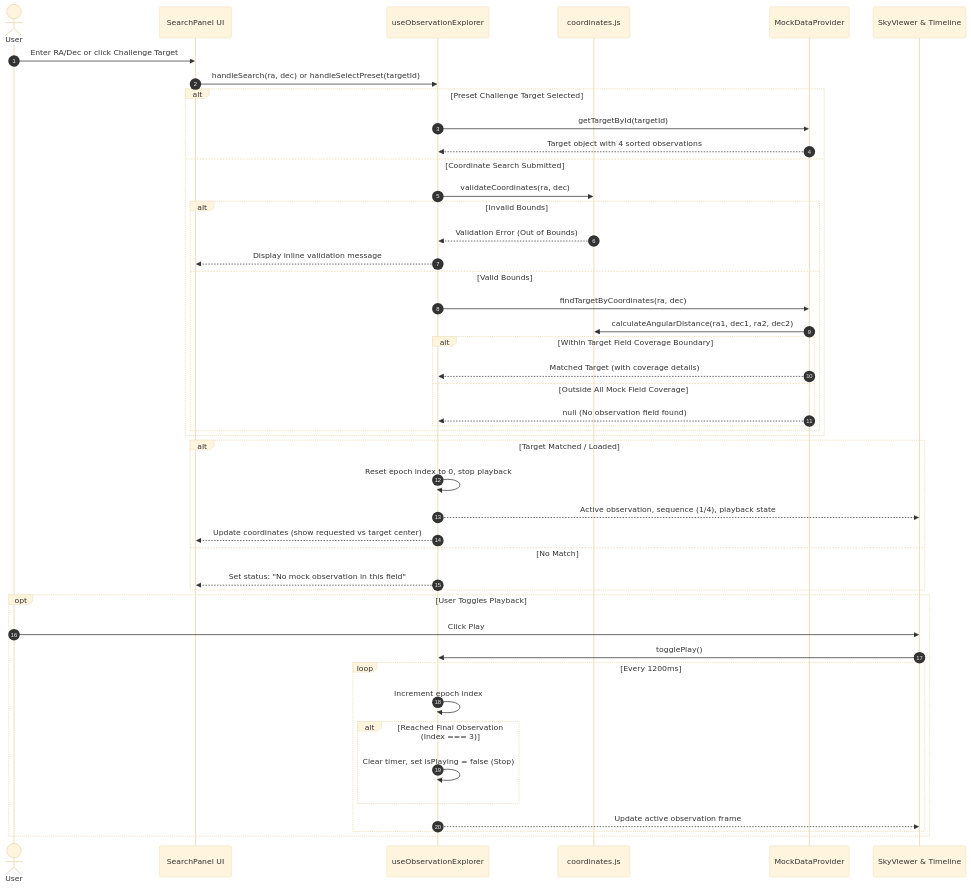
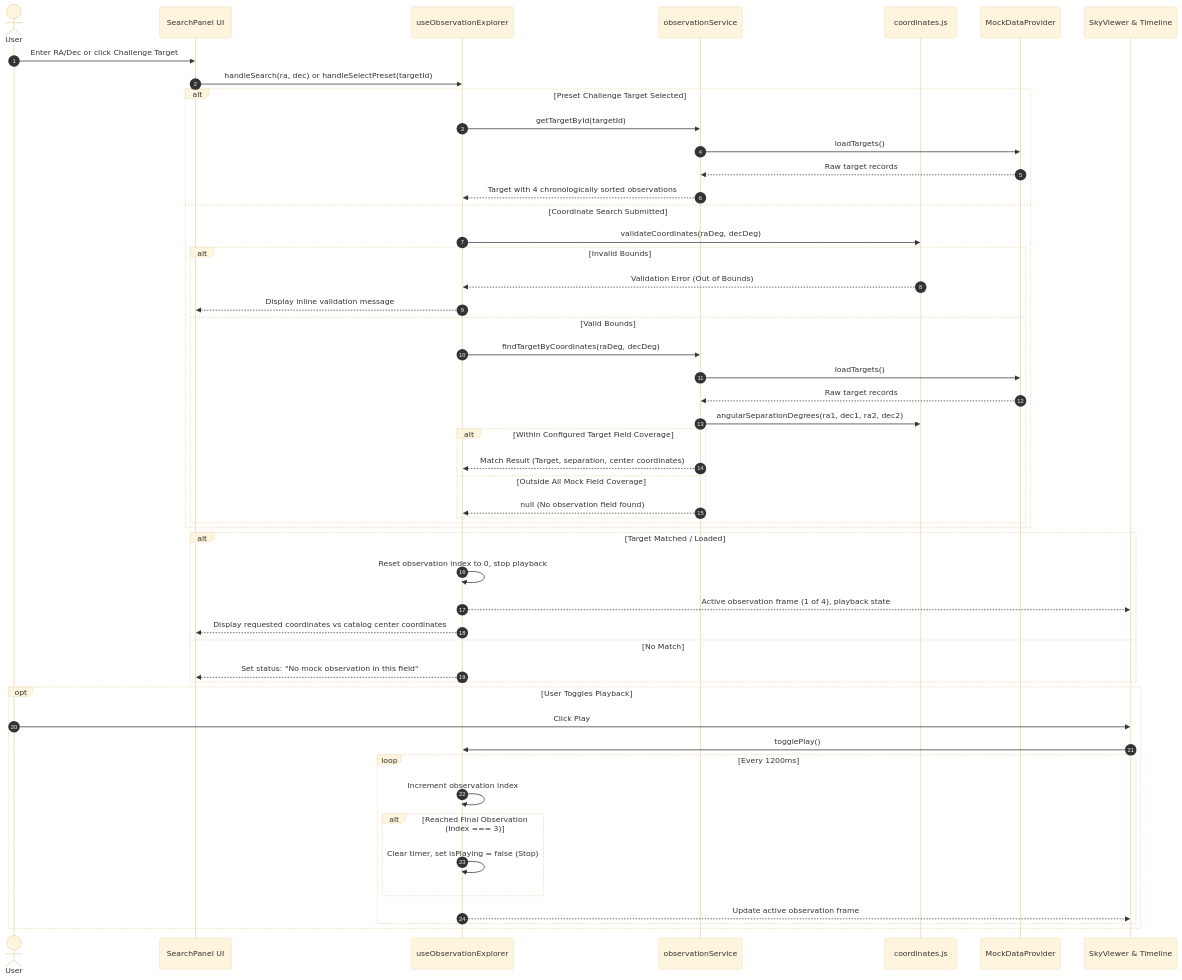
The second of 2 diagrams in docs/ARCHITECTURE.md (abdulkarimaklouk/SPHEREx-Explorer), drawn with Mermaid (base theme) before and after one commit. The commit also changed other lines of this file and 17 other files, not shown here.

Commit message:
chore: add Antigravity governance and architecture ADRs

````diff
--- a/docs/ARCHITECTURE.md
+++ b/docs/ARCHITECTURE.md
@@ -73,52 +80,57 @@
 ```mermaid
 sequenceDiagram
     autonumber
     actor User
     participant SearchPanel as SearchPanel UI
     participant Hook as useObservationExplorer
+    participant Service as observationService
     participant Utils as coordinates.js
     participant Provider as MockDataProvider
     participant Viewer as SkyViewer & Timeline
 
     User->>SearchPanel: Enter RA/Dec or click Challenge Target
     SearchPanel->>Hook: handleSearch(ra, dec) or handleSelectPreset(targetId)
 
     alt Preset Challenge Target Selected
-        Hook->>Provider: getTargetById(targetId)
-        Provider-->>Hook: Target object with 4 sorted observations
+        Hook->>Service: getTargetById(targetId)
+        Service->>Provider: loadTargets()
+        Provider-->>Service: Raw target records
+        Service-->>Hook: Target with 4 chronologically sorted observations
     else Coordinate Search Submitted
-        Hook->>Utils: validateCoordinates(ra, dec)
+        Hook->>Utils: validateCoordinates(raDeg, decDeg)
         alt Invalid Bounds
             Utils-->>Hook: Validation Error (Out of Bounds)
             Hook-->>SearchPanel: Display inline validation message
         else Valid Bounds
-            Hook->>Provider: findTargetByCoordinates(ra, dec)
-            Provider->>Utils: calculateAngularDistance(ra1, dec1, ra2, dec2)
-            alt Within Target Field Coverage Boundary
-                Provider-->>Hook: Matched Target (with coverage details)
+            Hook->>Service: findTargetByCoordinates(raDeg, decDeg)
+            Service->>Provider: loadTargets()
+            Provider-->>Service: Raw target records
+            Service->>Utils: angularSeparationDegrees(ra1, dec1, ra2, dec2)
+            alt Within Configured Target Field Coverage
+                Service-->>Hook: Match Result (Target, separation, center coordinates)
             else Outside All Mock Field Coverage
-                Provider-->>Hook: null (No observation field found)
+                Service-->>Hook: null (No observation field found)
             end
         end
     end
 
     alt Target Matched / Loaded
-        Hook->>Hook: Reset epoch index to 0, stop playback
-        Hook-->>Viewer: Active observation, sequence (1/4), playback state
-        Hook-->>SearchPanel: Update coordinates (show requested vs target center)
+        Hook->>Hook: Reset observation index to 0, stop playback
+        Hook-->>Viewer: Active observation frame (1 of 4), playback state
+        Hook-->>SearchPanel: Display requested coordinates vs catalog center coordinates
     else No Match
         Hook-->>SearchPanel: Set status: "No mock observation in this field"
     end
 
     opt User Toggles Playback
         User->>Viewer: Click Play
         Viewer->>Hook: togglePlay()
         loop Every 1200ms
-            Hook->>Hook: Increment epoch index
+            Hook->>Hook: Increment observation index
             alt Reached Final Observation (Index === 3)
                 Hook->>Hook: Clear timer, set isPlaying = false (Stop)
             end
             Hook-->>Viewer: Update active observation frame
         end
     end
 ```
````
